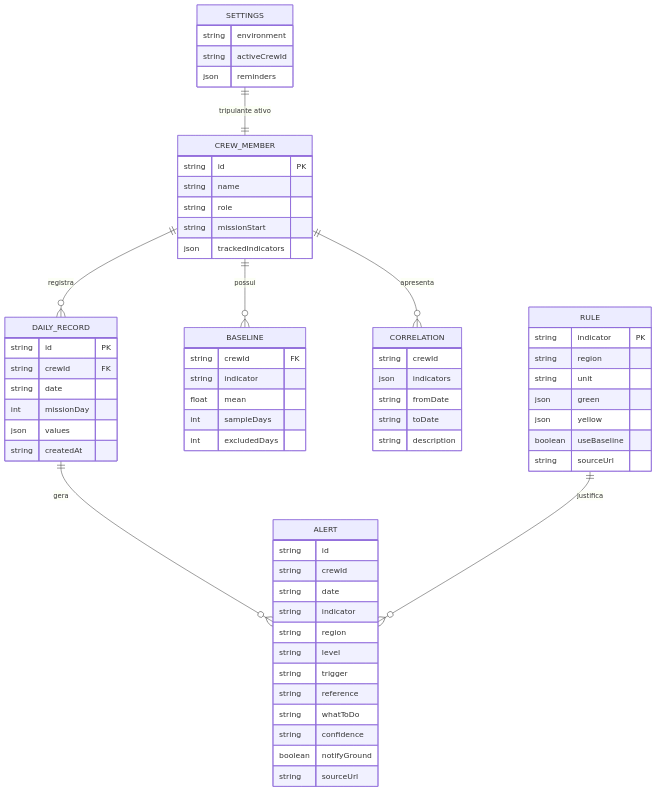
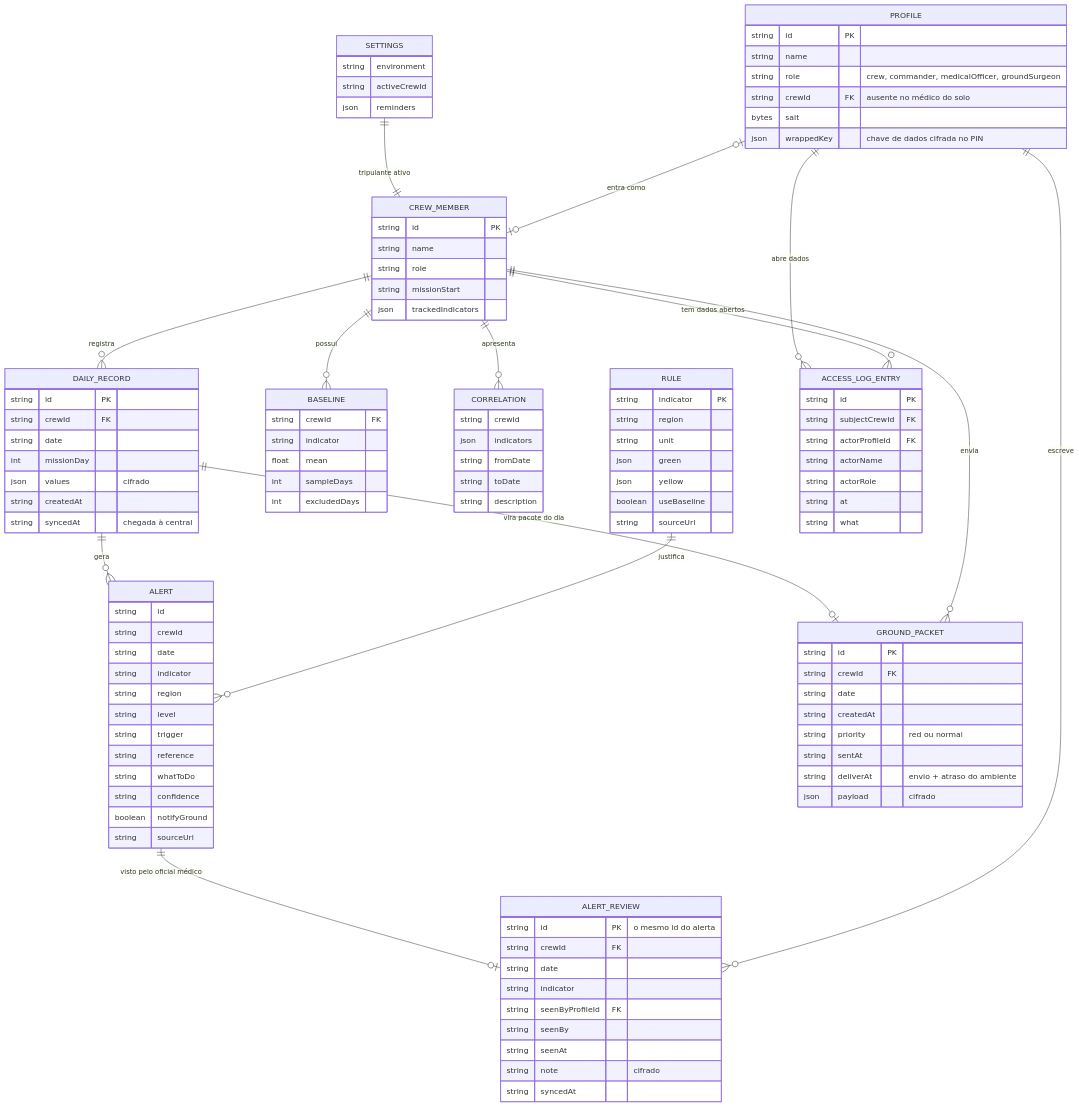
The diagram in docs/diagramas/03-modelo-de-dados.md (davisantbjj/NasaSpaceApp-Sentinela-), drawn with Mermaid before and after one commit. The commit also changed other lines of this file and 63 other files, not shown here.

```diff
--- a/docs/diagramas/03-modelo-de-dados.md
+++ b/docs/diagramas/03-modelo-de-dados.md
@@ -10,6 +10,13 @@
     DAILY_RECORD ||--o{ ALERT : gera
     RULE ||--o{ ALERT : justifica
     SETTINGS ||--|| CREW_MEMBER : "tripulante ativo"
+    PROFILE |o--o| CREW_MEMBER : "entra como"
+    ALERT ||--o| ALERT_REVIEW : "visto pelo oficial médico"
+    PROFILE ||--o{ ALERT_REVIEW : escreve
+    PROFILE ||--o{ ACCESS_LOG_ENTRY : "abre dados"
+    CREW_MEMBER ||--o{ ACCESS_LOG_ENTRY : "tem dados abertos"
+    DAILY_RECORD ||--o| GROUND_PACKET : "vira pacote do dia"
+    CREW_MEMBER ||--o{ GROUND_PACKET : envia
 
     CREW_MEMBER {
         string id PK
@@ -24,8 +31,51 @@
         string crewId FK
         string date
         int missionDay
-        json values
+        json values "cifrado"
         string createdAt
+        string syncedAt "chegada à central"
+    }
+
+    PROFILE {
+        string id PK
+        string name
+        string role "crew, commander, medicalOfficer, groundSurgeon"
+        string crewId FK "ausente no médico do solo"
+        bytes salt
+        json wrappedKey "chave de dados cifrada no PIN"
+    }
+
+    ALERT_REVIEW {
+        string id PK "o mesmo id do alerta"
+        string crewId FK
+        string date
+        string indicator
+        string seenByProfileId FK
+        string seenBy
+        string seenAt
+        string note "cifrado"
+        string syncedAt
+    }
+
+    ACCESS_LOG_ENTRY {
+        string id PK
+        string subjectCrewId FK
+        string actorProfileId FK
+        string actorName
+        string actorRole
+        string at
+        string what
+    }
+
+    GROUND_PACKET {
+        string id PK
+        string crewId FK
+        string date
+        string createdAt
+        string priority "red ou normal"
+        string sentAt
+        string deliverAt "envio + atraso do ambiente"
+        json payload "cifrado"
     }
 
     BASELINE {
```
